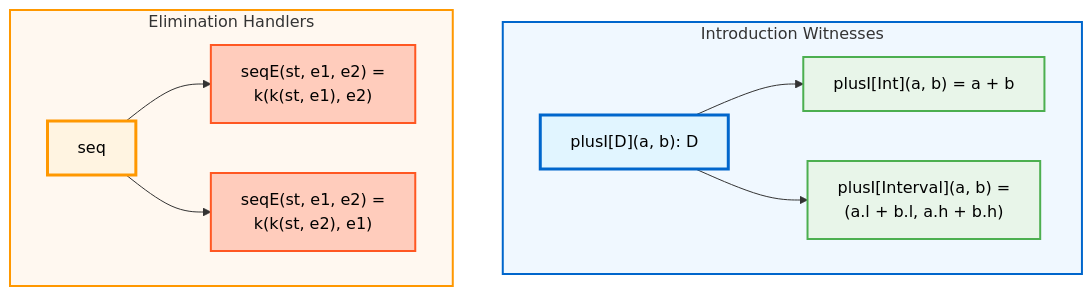
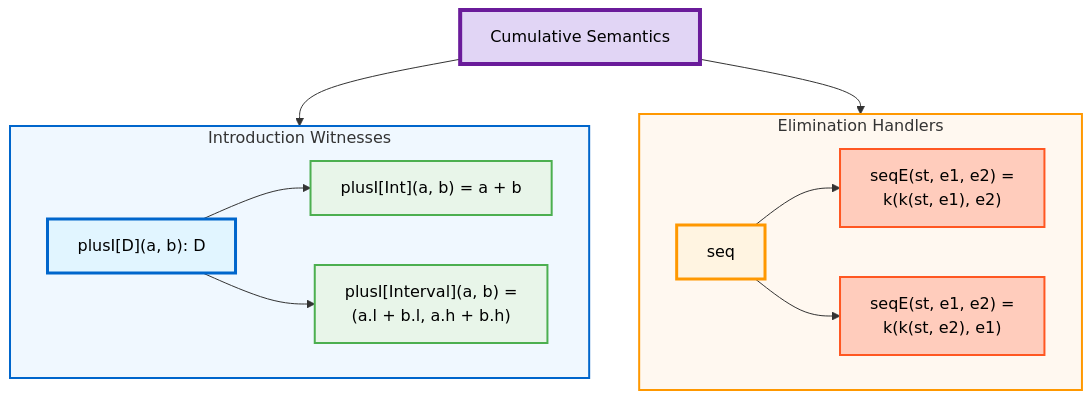
One commit to csci7135-f25/project-cash changed the sixth of 6 diagrams in talk/cash/slides.md. Above: the diagram before and after it, drawn with Mermaid.

Commit message:
adding "Cumulative Semantics" to link them

````diff
--- a/talk/cash/slides.md
+++ b/talk/cash/slides.md
@@ -352,25 +352,30 @@
 ```mermaid
 graph TB
+    CumulativeSemantics["Cumulative Semantics"]
+    CumulativeSemantics --> Witnesses
+    CumulativeSemantics --> Handlers
+    
     subgraph Witnesses["Introduction Witnesses"]
         Plus["plusI[D](a, b): D"]
         Plus --> PlusInt["plusI[Int](a, b) = a + b"]
         Plus --> PlusInterval["plusI[Interval](a, b) = <br/>  (a.l + b.l, a.h + b.h)"]
     end
     
     subgraph Handlers["Elimination Handlers"]
         Seq["seq"]
         Seq --> SeqForward["seqE(st, e1, e2) = <br/>  k(k(st, e1), e2)"]
         Seq --> SeqReverse["seqE(st, e1, e2) = <br/>  k(k(st, e2), e1)"]
     end
     
+    style CumulativeSemantics fill:#e1d5f5,stroke:#6a1b9a,stroke-width:4px,color:#000
     style Plus fill:#e1f5ff,stroke:#0066cc,stroke-width:3px,color:#000
     style PlusInt fill:#e8f5e9,stroke:#4caf50,stroke-width:2px,color:#000
     style PlusInterval fill:#e8f5e9,stroke:#4caf50,stroke-width:2px,color:#000
     
     style Seq fill:#fff4e1,stroke:#ff9800,stroke-width:3px,color:#000
     style SeqForward fill:#ffccbc,stroke:#ff5722,stroke-width:2px,color:#000
     style SeqReverse fill:#ffccbc,stroke:#ff5722,stroke-width:2px,color:#000
     
     style Witnesses fill:#f0f8ff,stroke:#0066cc,stroke-width:2px
     style Handlers fill:#fff8f0,stroke:#ff9800,stroke-width:2px
 ```
````
